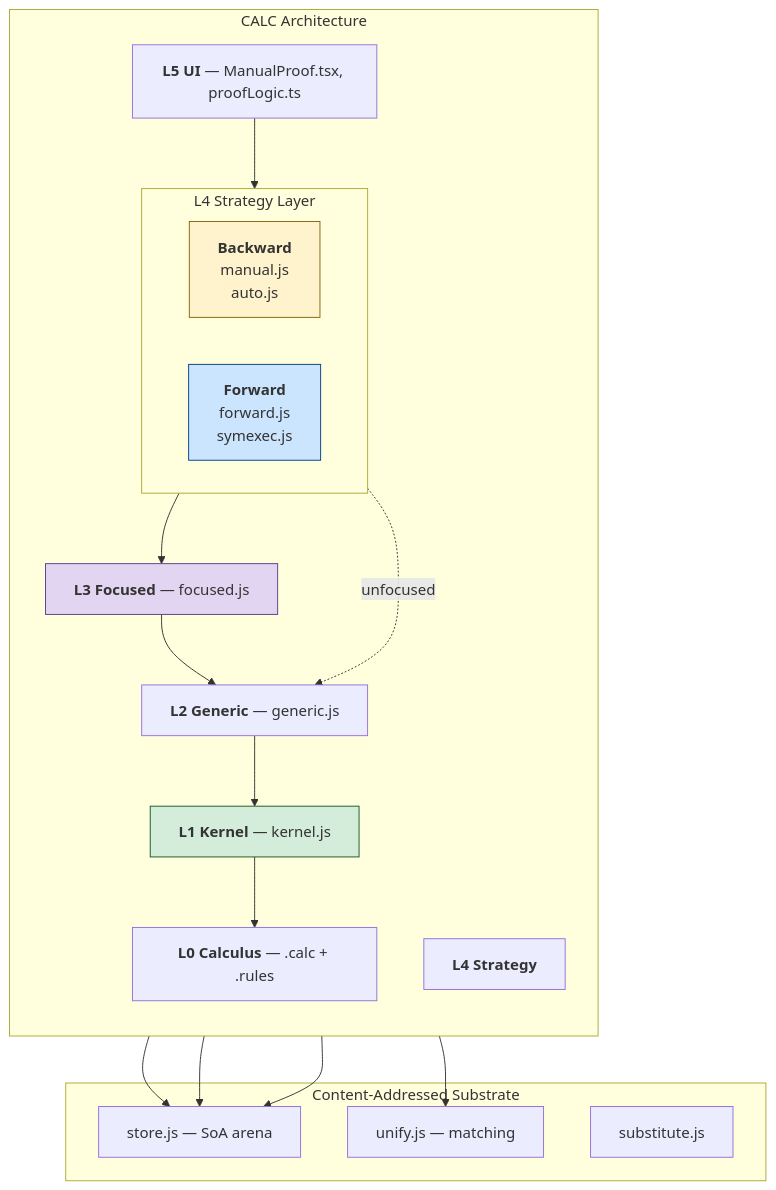
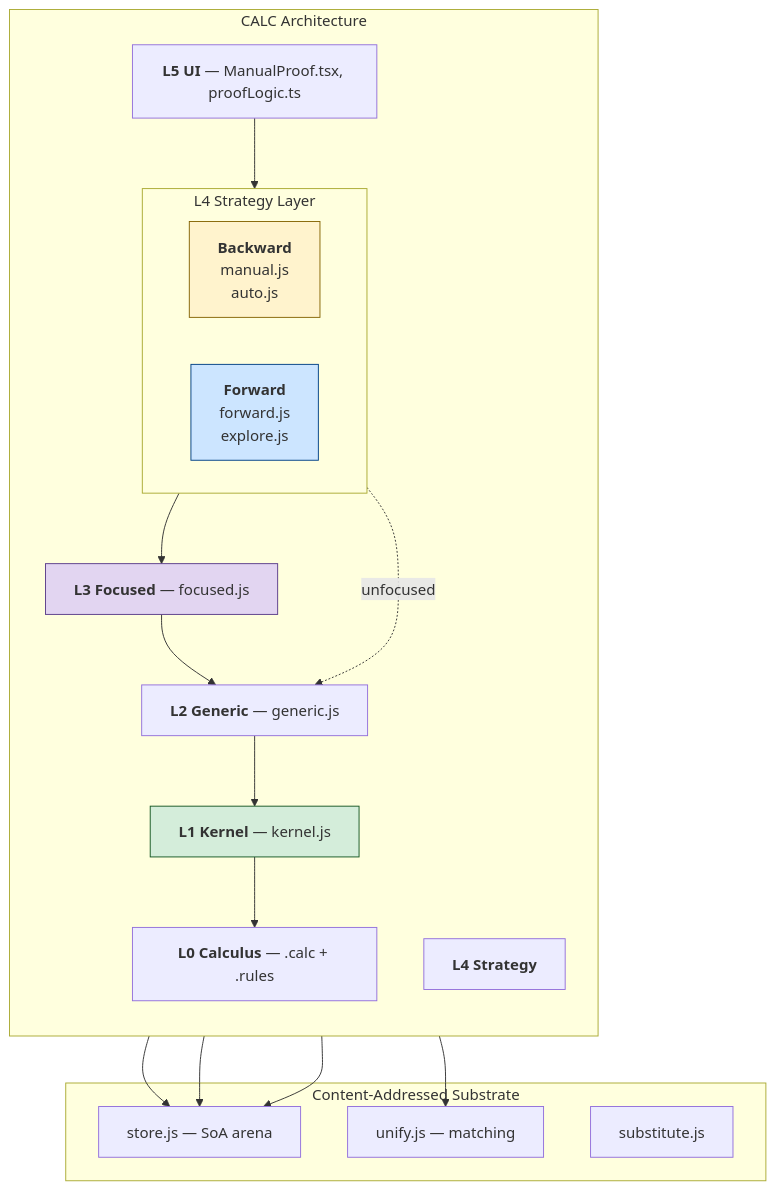
Before and after one commit to mhhf/calc: the first of 2 diagrams in doc/documentation/architecture.md, drawn with Mermaid. The commit also changed other lines of this file and 10 other files, not shown here.

````diff
--- a/doc/documentation/architecture.md
+++ b/doc/documentation/architecture.md
@@ -12,41 +12,41 @@
 ```mermaid
 graph TB
     subgraph Overall["CALC Architecture"]
         direction TB
         L5["<b>L5 UI</b> — ManualProof.tsx, proofLogic.ts"]
         L4["<b>L4 Strategy</b>"]
 
         subgraph L4Detail["L4 Strategy Layer"]
             direction LR
             L4B["<b>Backward</b><br/>manual.js<br/>auto.js"]
-            L4F["<b>Forward</b><br/>forward.js<br/>symexec.js"]
+            L4F["<b>Forward</b><br/>forward.js<br/>explore.js"]
         end
 
         L3["<b>L3 Focused</b> — focused.js"]
         L2["<b>L2 Generic</b> — generic.js"]
         L1["<b>L1 Kernel</b> — kernel.js"]
         L0["<b>L0 Calculus</b> — .calc + .rules"]
     end
 
     subgraph Substrate["Content-Addressed Substrate"]
         STORE["store.js — SoA arena"]
         UNIFY["unify.js — matching"]
         SUBST["substitute.js"]
     end
 
     L5 --> L4Detail
     L4B --> L3
     L4B -.->|unfocused| L2
     L4F --> STORE
     L4F --> UNIFY
     L3 --> L2
     L2 --> L1
     L1 --> L0
     L2 --> STORE
     L1 --> STORE
 
     style L1 fill:#d4edda,stroke:#155724
     style L3 fill:#e2d5f1,stroke:#5a3d8a
     style L4B fill:#fff3cd,stroke:#856404
     style L4F fill:#cce5ff,stroke:#004085
 ```
````
